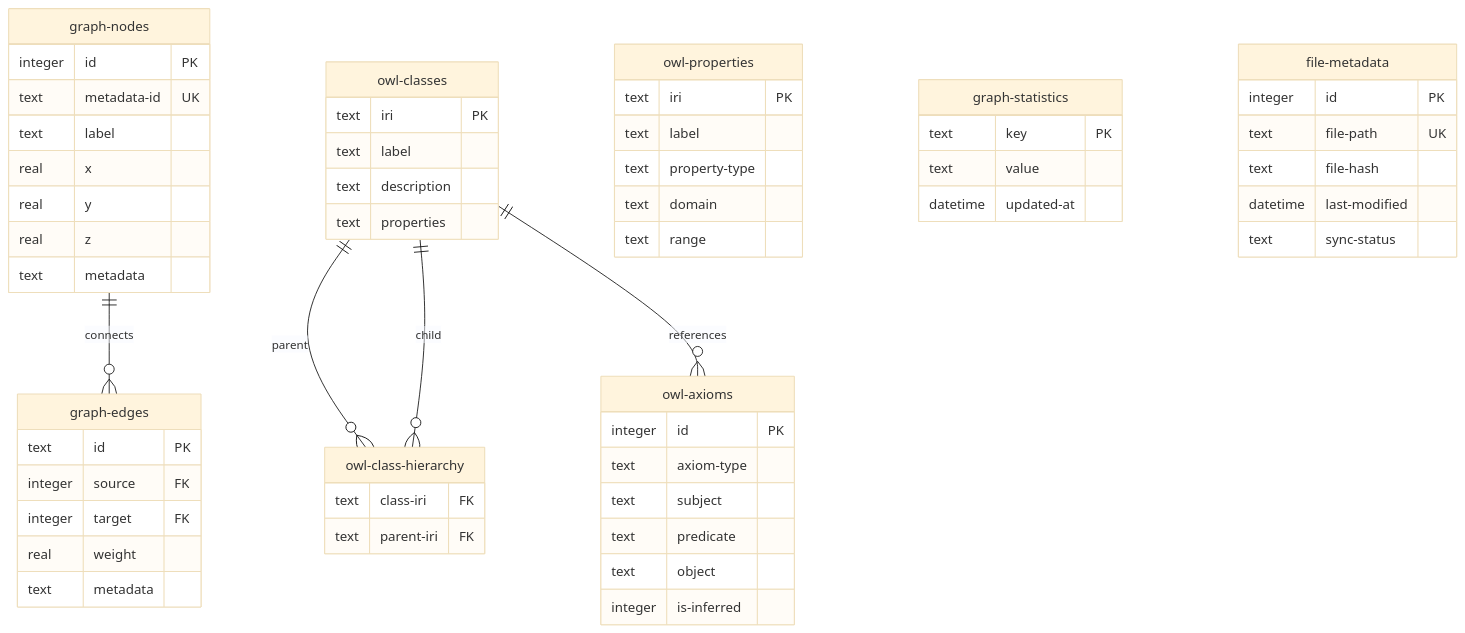
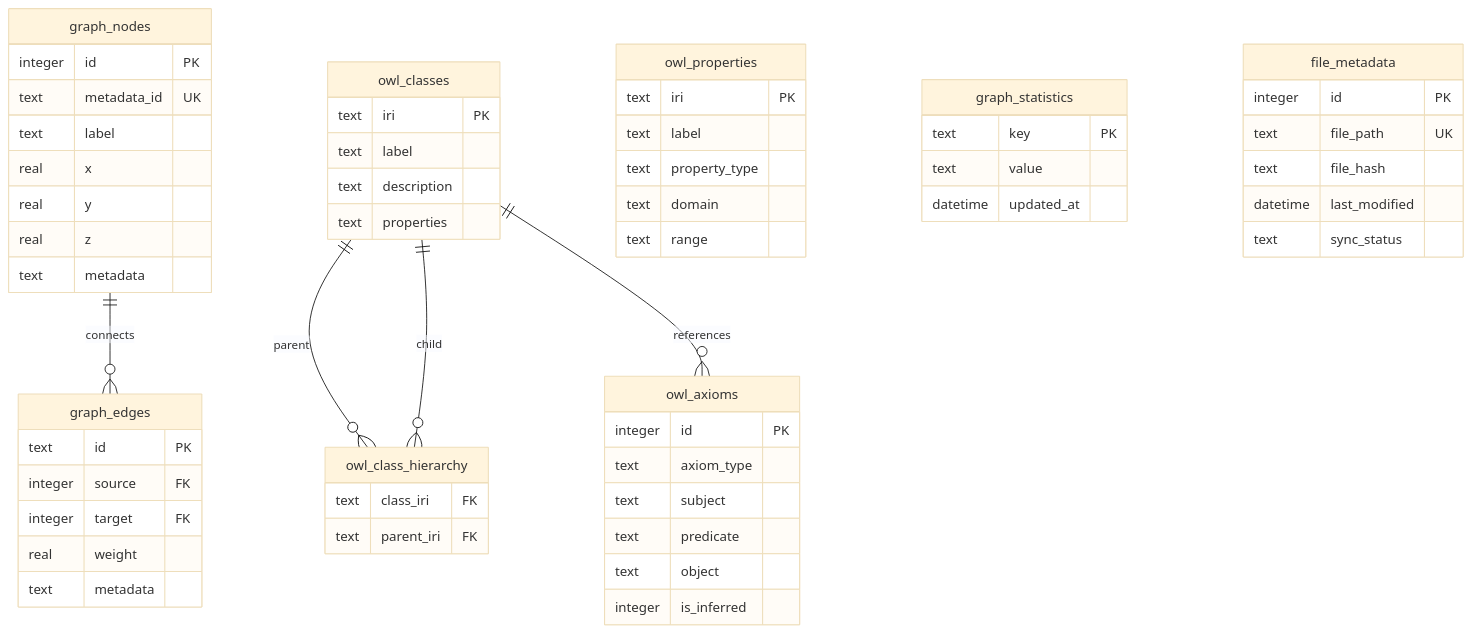
The third of 4 diagrams in docs/concepts/architecture/00-architecture-overview.md (DreamLab-AI/VisionFlow), drawn with Mermaid (base theme) before and after one commit. The commit also changed other lines of this file and 287 other files, not shown here.

````diff
--- a/docs/concepts/architecture/00-architecture-overview.md
+++ b/docs/concepts/architecture/00-architecture-overview.md
@@ -126,68 +126,68 @@
 ```mermaid
 erDiagram
-    graph-nodes ||--o{ graph-edges : "connects"
-    graph-nodes {
+    graph_nodes ||--o{ graph_edges : "connects"
+    graph_nodes {
         integer id PK
-        text metadata-id UK
+        text metadata_id UK
         text label
         real x
         real y
         real z
         text metadata
     }
 
-    graph-edges {
+    graph_edges {
         text id PK
         integer source FK
         integer target FK
         real weight
         text metadata
     }
 
-    owl-classes ||--o{ owl-class-hierarchy : "parent"
-    owl-classes ||--o{ owl-class-hierarchy : "child"
-    owl-classes ||--o{ owl-axioms : "references"
+    owl_classes ||--o{ owl_class_hierarchy : "parent"
+    owl_classes ||--o{ owl_class_hierarchy : "child"
+    owl_classes ||--o{ owl_axioms : "references"
 
-    owl-classes {
+    owl_classes {
         text iri PK
         text label
         text description
         text properties
     }
 
-    owl-class-hierarchy {
-        text class-iri FK
-        text parent-iri FK
+    owl_class_hierarchy {
+        text class_iri FK
+        text parent_iri FK
     }
 
-    owl-properties {
+    owl_properties {
         text iri PK
         text label
-        text property-type
+        text property_type
         text domain
         text range
     }
 
-    owl-axioms {
+    owl_axioms {
         integer id PK
-        text axiom-type
+        text axiom_type
         text subject
         text predicate
         text object
-        integer is-inferred
+        integer is_inferred
     }
 
-    graph-statistics {
+    graph_statistics {
         text key PK
         text value
-        datetime updated-at
+        datetime updated_at
     }
 
-    file-metadata {
+    file_metadata {
         integer id PK
-        text file-path UK
-        text file-hash
-        datetime last-modified
-        text sync-status
+        text file_path UK
+        text file_hash
+        datetime last_modified
+        text sync_status
     }
 ```
````
